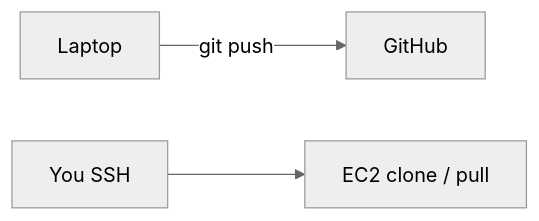
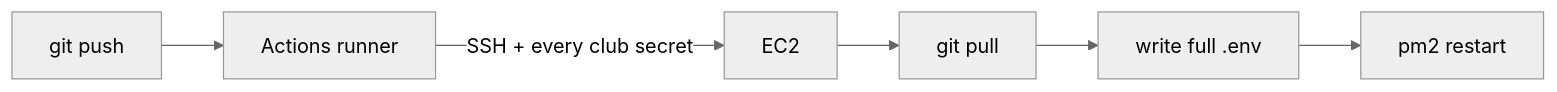
One commit to sreecharan-desu/hackx-slides changed the diagram in content/tracks/backend-from-zero/lessons/22-cicd-why.md. Above: the diagram before and after it, drawn with Mermaid (neutral theme). The commit also changed other lines of this file and 18 other files, not shown here.

Commit message:
Teach live .env from Actions club secrets, not health as proof of Neon.

````diff
--- a/content/tracks/backend-from-zero/lessons/22-cicd-why.md
+++ b/content/tracks/backend-from-zero/lessons/22-cicd-why.md
@@ -18,5 +10,8 @@
 ```mermaid
 flowchart LR
-  L[Laptop] -->|git push| GH[GitHub]
-  L2[You SSH] --> B[EC2 clone / pull]
+  L[git push] --> A[Actions runner]
+  A -->|SSH + every club secret| B[EC2]
+  B --> P[git pull]
+  P --> E["write full .env"]
+  E --> R[pm2 restart]
 ```
````
